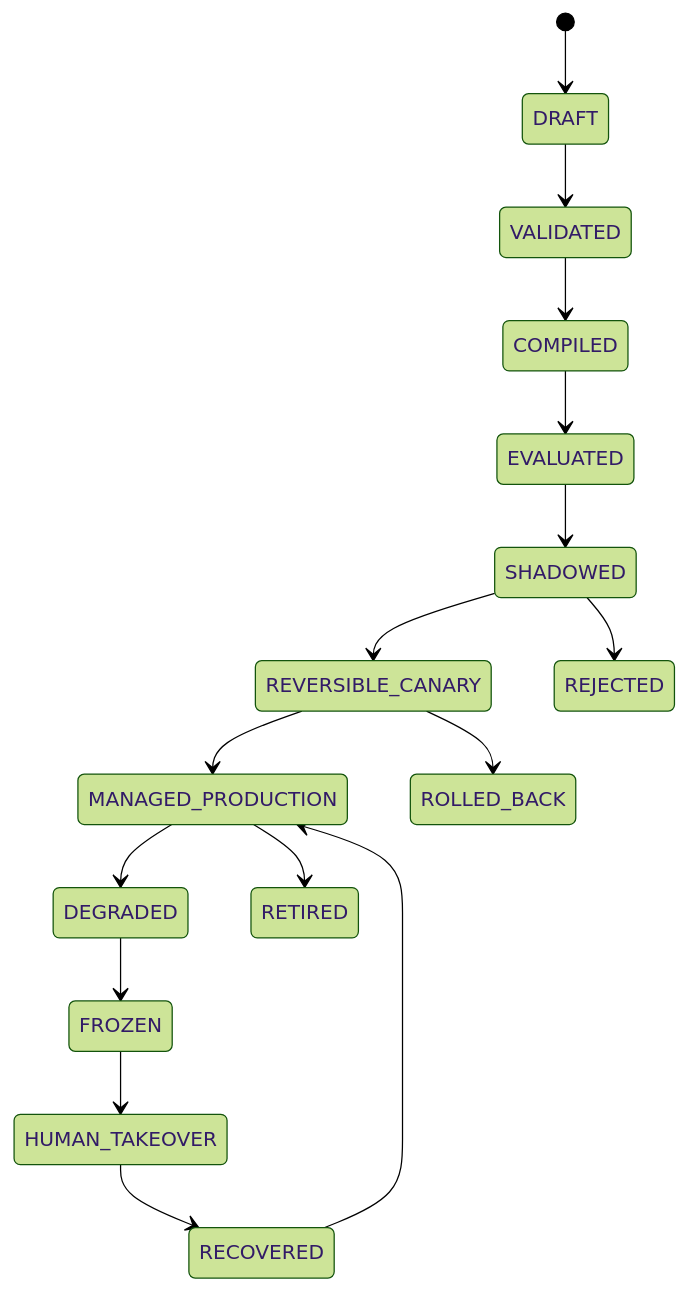
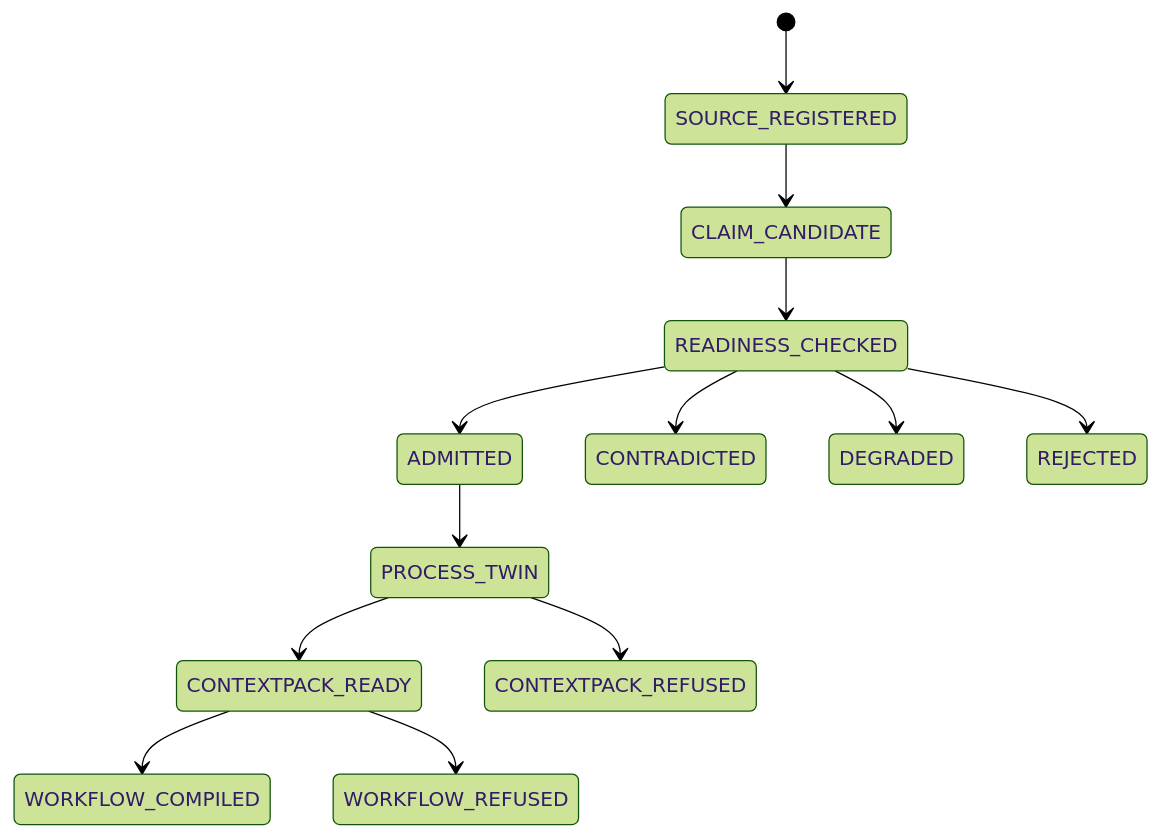
The second of 4 diagrams in docs/architecture/README.md (ed3c/fde-agent-platform), drawn with Mermaid (forest theme) before and after one commit. The commit also changed other lines of this file and 8 other files, not shown here.

First line of the commit message:
docs(architecture): reconcile Stage B4 closure and Agent map

````diff
--- a/docs/architecture/README.md
+++ b/docs/architecture/README.md
@@ -165,18 +124,15 @@
 ```mermaid
 stateDiagram-v2
-    [*] --> DRAFT
-    DRAFT --> VALIDATED
-    VALIDATED --> COMPILED
-    COMPILED --> EVALUATED
-    EVALUATED --> SHADOWED
-    SHADOWED --> REVERSIBLE_CANARY
-    REVERSIBLE_CANARY --> MANAGED_PRODUCTION
-    SHADOWED --> REJECTED
-    REVERSIBLE_CANARY --> ROLLED_BACK
-    MANAGED_PRODUCTION --> DEGRADED
-    DEGRADED --> FROZEN
-    FROZEN --> HUMAN_TAKEOVER
-    HUMAN_TAKEOVER --> RECOVERED
-    RECOVERED --> MANAGED_PRODUCTION
-    MANAGED_PRODUCTION --> RETIRED
+  [*] --> SOURCE_REGISTERED
+  SOURCE_REGISTERED --> CLAIM_CANDIDATE
+  CLAIM_CANDIDATE --> READINESS_CHECKED
+  READINESS_CHECKED --> ADMITTED
+  READINESS_CHECKED --> CONTRADICTED
+  READINESS_CHECKED --> DEGRADED
+  READINESS_CHECKED --> REJECTED
+  ADMITTED --> PROCESS_TWIN
+  PROCESS_TWIN --> CONTEXTPACK_READY
+  PROCESS_TWIN --> CONTEXTPACK_REFUSED
+  CONTEXTPACK_READY --> WORKFLOW_COMPILED
+  CONTEXTPACK_READY --> WORKFLOW_REFUSED
 ```
````
